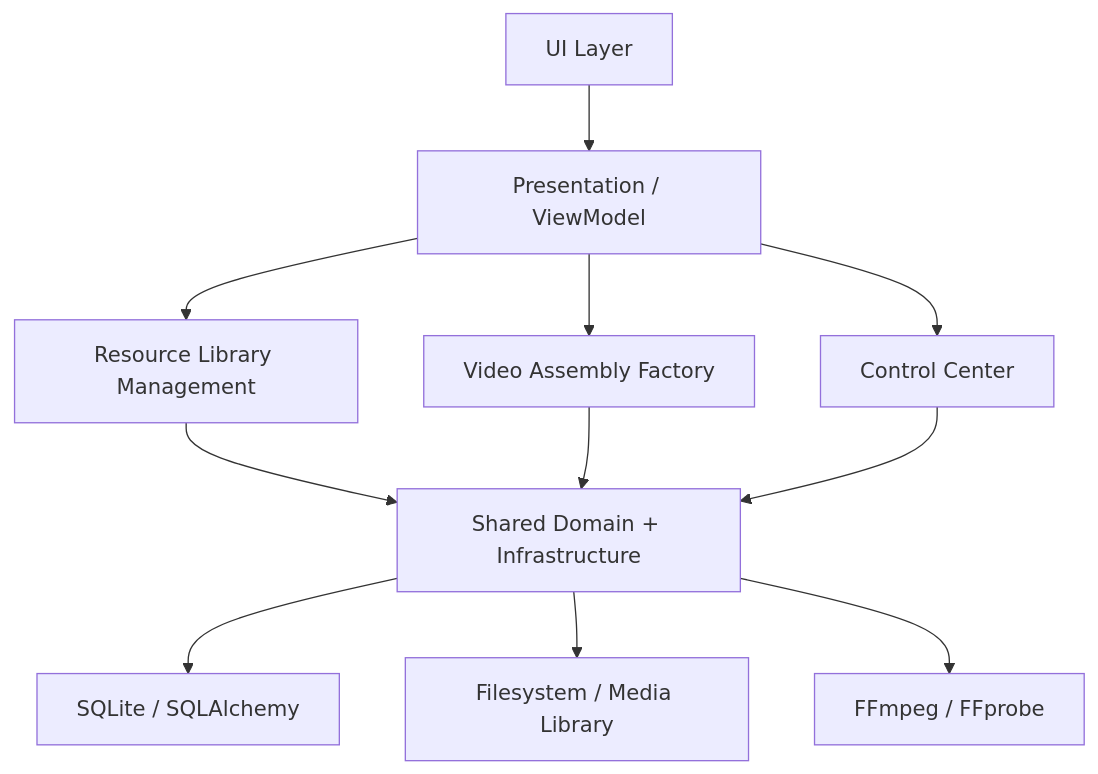
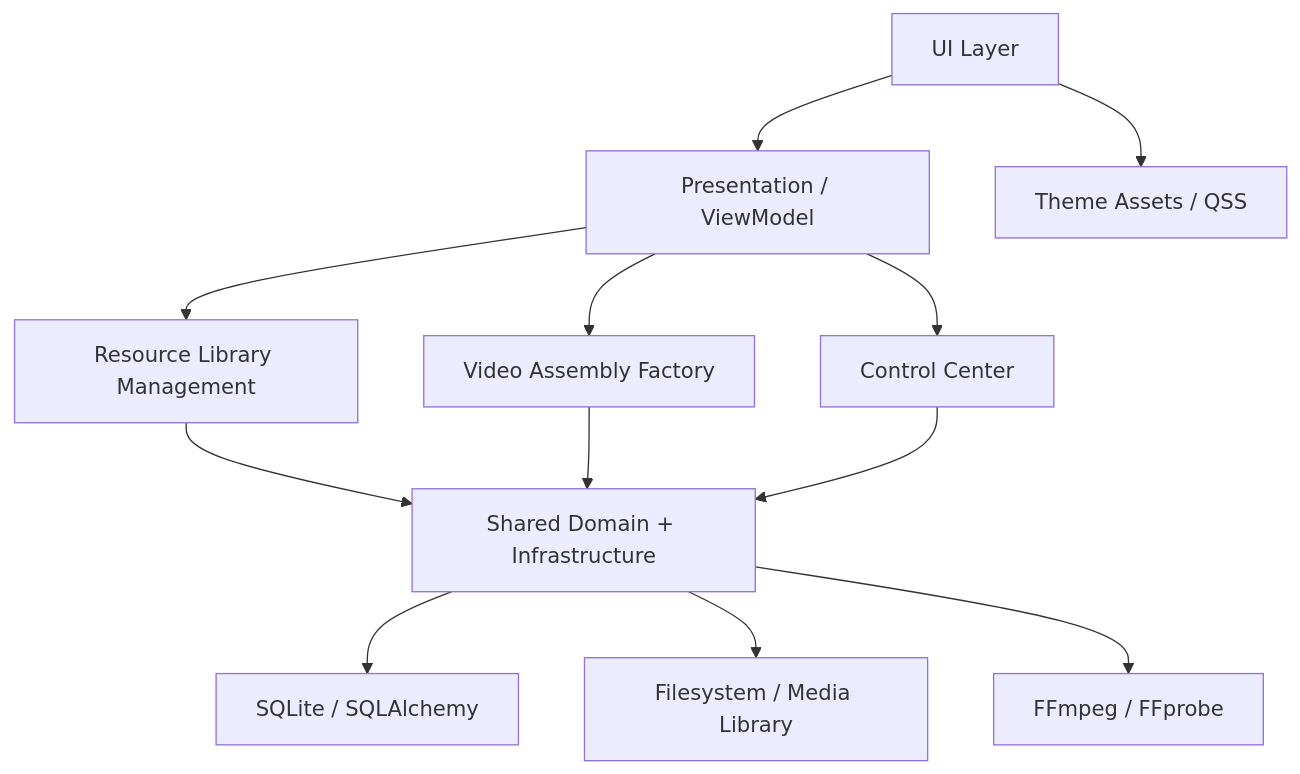
The first of 14 diagrams in doc/10_UML_System_Overview.md (idev006/MTClipFactory), drawn with Mermaid before and after one commit. The commit also changed other lines of this file and 13 other files, not shown here.

Commit message:
Extract settings theme into packaged QSS

````diff
--- a/doc/10_UML_System_Overview.md
+++ b/doc/10_UML_System_Overview.md
@@ -7,13 +7,14 @@
 ```mermaid
 flowchart TB
     UI["UI Layer"] --> VM["Presentation / ViewModel"]
+    UI --> THEME["Theme Assets / QSS"]
     VM --> LIB["Resource Library Management"]
     VM --> FAC["Video Assembly Factory"]
     VM --> CC["Control Center"]
     LIB --> CORE["Shared Domain + Infrastructure"]
     FAC --> CORE
     CC --> CORE
     CORE --> DB["SQLite / SQLAlchemy"]
     CORE --> FS["Filesystem / Media Library"]
     CORE --> EXT["FFmpeg / FFprobe"]
 ```
````
